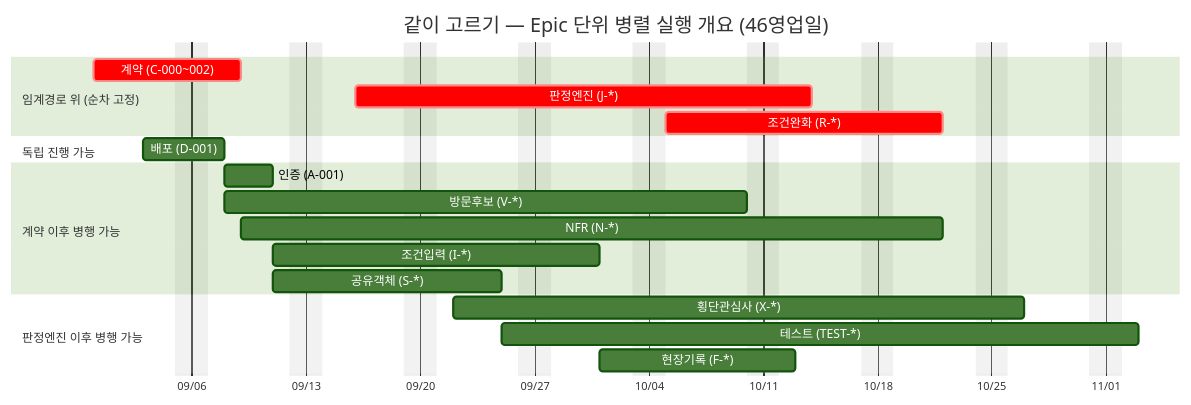
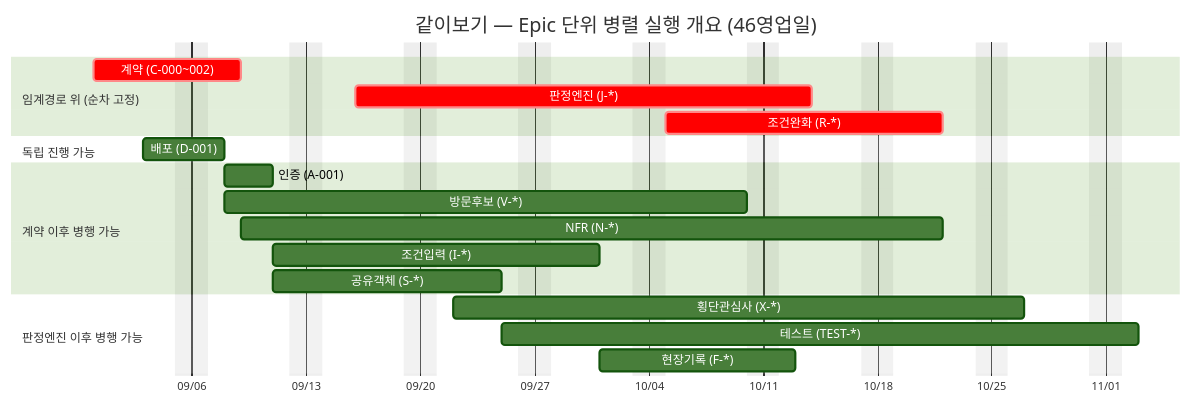
Before and after one commit to soobworks/SRS_project: the second of 2 diagrams in SRS_project/tasks/[간트] 병렬 실행 개요.md, drawn with Mermaid (forest theme). The commit also changed other lines of this file and 17 other files, not shown here.

First line of the commit message:
Fix service name: 같이보기, not 같이 고르기

````diff
--- a/SRS_project/tasks/[간트] 병렬 실행 개요.md
+++ b/SRS_project/tasks/[간트] 병렬 실행 개요.md
@@ -59,27 +59,27 @@
 ```mermaid
 gantt
-    title 같이 고르기 — Epic 단위 병렬 실행 개요 (46영업일)
+    title 같이보기 — Epic 단위 병렬 실행 개요 (46영업일)
     dateFormat YYYY-MM-DD
     axisFormat %m/%d
     excludes weekends
 
     section 임계경로 위 (순차 고정)
     계약 (C-000~002)         :crit, 2026-08-31, 7d
     판정엔진 (J-*)           :crit, 2026-09-16, 20d
     조건완화 (R-*)           :crit, 2026-10-05, 13d
 
     section 독립 진행 가능
     배포 (D-001)             :2026-09-03, 3d
 
     section 계약 이후 병행 가능
     인증 (A-001)             :2026-09-08, 3d
     방문후보 (V-*)           :2026-09-08, 24d
     NFR (N-*)                :2026-09-09, 31d
     조건입력 (I-*)           :2026-09-11, 14d
     공유객체 (S-*)           :2026-09-11, 10d
 
     section 판정엔진 이후 병행 가능
     횡단관심사 (X-*)         :2026-09-22, 25d
     테스트 (TEST-*)          :2026-09-25, 27d
     현장기록 (F-*)           :2026-10-01, 8d
 ```
````
